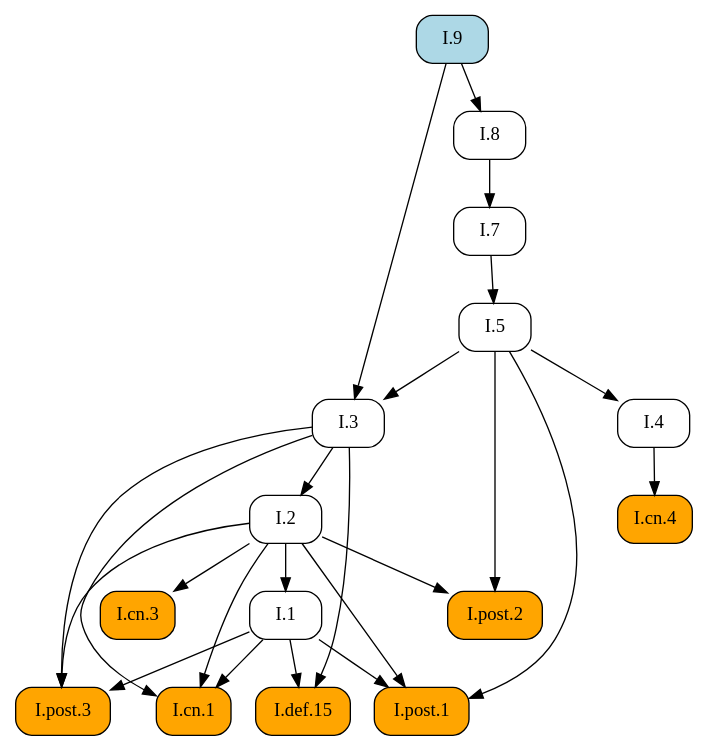
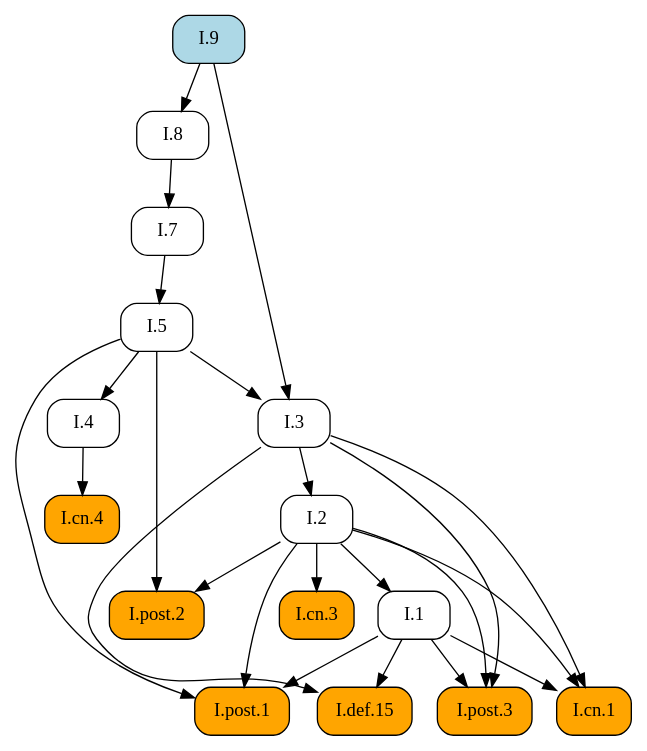
One commit to geometor/elements changed the diagram in docsrc/elements2/I/9/index.rst. Above: the diagram before and after it, drawn with Graphviz. The commit also changed other lines of this file and 171 other files, not shown here.

```diff
--- a/docsrc/elements2/I/9/index.rst
+++ b/docsrc/elements2/I/9/index.rst
@@ -45,44 +45,44 @@
 .. graphviz::
 
    digraph {
      rankdir="TB";
      node [shape=box, style=rounded];
+     "I.8" [URL="/elements2/I/8/", target="_top"];
+     "I.2" [URL="/elements2/I/2/", target="_top"];
+     "I.1" [URL="/elements2/I/1/", target="_top"];
+     "I.cn.3" [style="rounded,filled", fillcolor=orange, URL="/elements2/I/cn.3/", target="_top"];
+     "I.cn.4" [style="rounded,filled", fillcolor=orange, URL="/elements2/I/cn.4/", target="_top"];
+     "I.def.15" [style="rounded,filled", fillcolor=orange, URL="/elements2/I/def.15/", target="_top"];
+     "I.4" [URL="/elements2/I/4/", target="_top"];
+     "I.7" [URL="/elements2/I/7/", target="_top"];
+     "I.post.1" [style="rounded,filled", fillcolor=orange, URL="/elements2/I/post.1/", target="_top"];
+     "I.9" [style="rounded,filled", fillcolor=lightblue, URL="/elements2/I/9/", target="_top"];
+     "I.3" [URL="/elements2/I/3/", target="_top"];
      "I.post.2" [style="rounded,filled", fillcolor=orange, URL="/elements2/I/post.2/", target="_top"];
-     "I.9" [style="rounded,filled", fillcolor=lightblue, URL="/elements2/I/9/", target="_top"];
-     "I.2" [URL="/elements2/I/2/", target="_top"];
-     "I.8" [URL="/elements2/I/8/", target="_top"];
+     "I.5" [URL="/elements2/I/5/", target="_top"];
      "I.cn.1" [style="rounded,filled", fillcolor=orange, URL="/elements2/I/cn.1/", target="_top"];
-     "I.7" [URL="/elements2/I/7/", target="_top"];
-     "I.3" [URL="/elements2/I/3/", target="_top"];
-     "I.cn.3" [style="rounded,filled", fillcolor=orange, URL="/elements2/I/cn.3/", target="_top"];
-     "I.post.1" [style="rounded,filled", fillcolor=orange, URL="/elements2/I/post.1/", target="_top"];
-     "I.5" [URL="/elements2/I/5/", target="_top"];
-     "I.def.15" [style="rounded,filled", fillcolor=orange, URL="/elements2/I/def.15/", target="_top"];
-     "I.cn.4" [style="rounded,filled", fillcolor=orange, URL="/elements2/I/cn.4/", target="_top"];
      "I.post.3" [style="rounded,filled", fillcolor=orange, URL="/elements2/I/post.3/", target="_top"];
-     "I.1" [URL="/elements2/I/1/", target="_top"];
-     "I.4" [URL="/elements2/I/4/", target="_top"];
+     "I.9" -> "I.8";
+     "I.3" -> "I.2";
+     "I.2" -> "I.1";
+     "I.2" -> "I.cn.3";
+     "I.4" -> "I.cn.4";
+     "I.1" -> "I.def.15";
+     "I.3" -> "I.def.15";
+     "I.5" -> "I.4";
+     "I.8" -> "I.7";
+     "I.1" -> "I.post.1";
+     "I.2" -> "I.post.1";
+     "I.5" -> "I.post.1";
+     "I.5" -> "I.3";
+     "I.9" -> "I.3";
      "I.2" -> "I.post.2";
      "I.5" -> "I.post.2";
-     "I.3" -> "I.2";
-     "I.9" -> "I.8";
+     "I.7" -> "I.5";
      "I.1" -> "I.cn.1";
      "I.2" -> "I.cn.1";
      "I.3" -> "I.cn.1";
-     "I.8" -> "I.7";
-     "I.5" -> "I.3";
-     "I.9" -> "I.3";
-     "I.2" -> "I.cn.3";
-     "I.1" -> "I.post.1";
-     "I.2" -> "I.post.1";
-     "I.5" -> "I.post.1";
-     "I.7" -> "I.5";
-     "I.1" -> "I.def.15";
-     "I.3" -> "I.def.15";
-     "I.4" -> "I.cn.4";
      "I.1" -> "I.post.3";
      "I.2" -> "I.post.3";
      "I.3" -> "I.post.3";
-     "I.2" -> "I.1";
-     "I.5" -> "I.4";
    }
```
